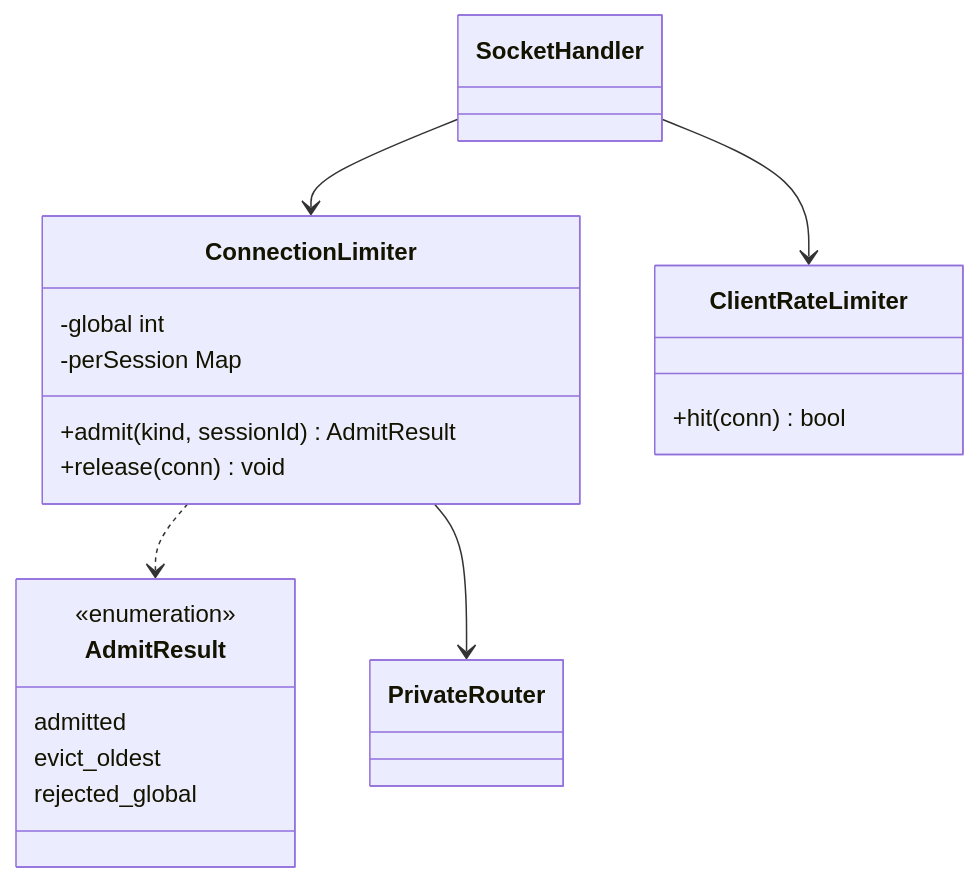
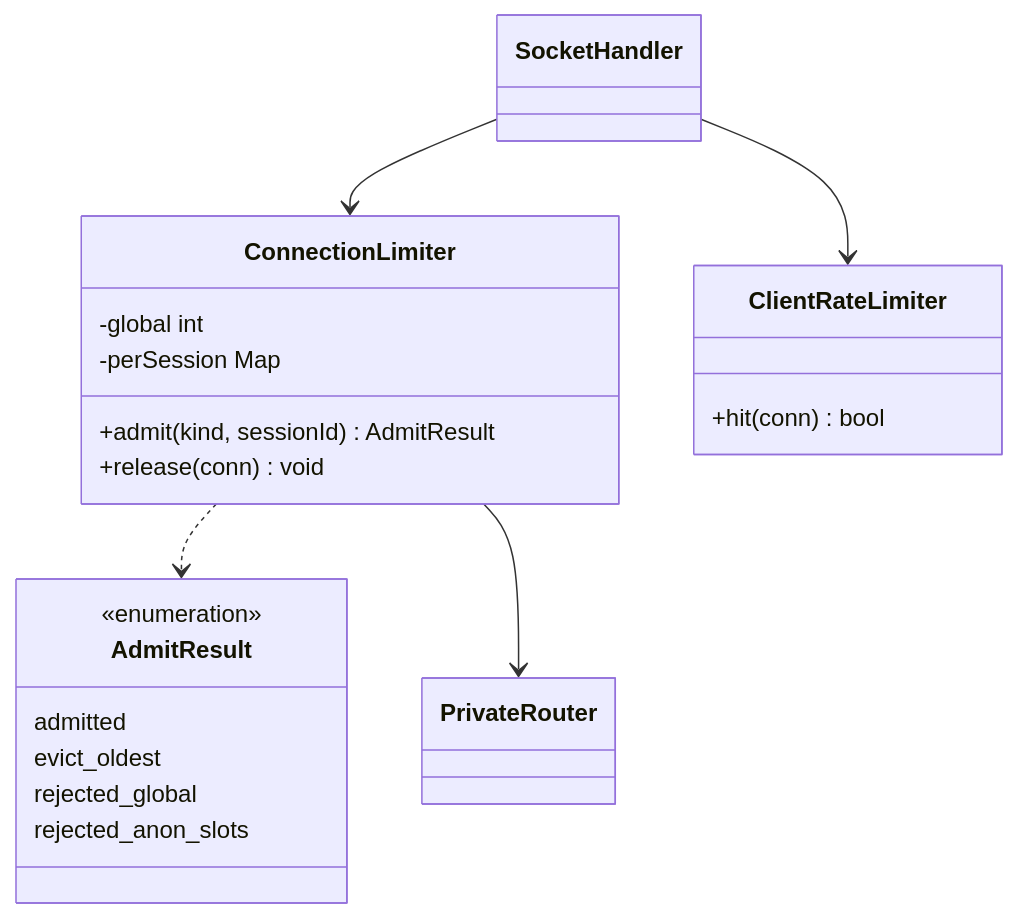
Before and after one commit to 1985jwlee/portpolio_backend: diagram 48 of 53 in docs/design/features/14-realtime.md, drawn with Mermaid. The commit also changed other lines of this file and 33 other files, not shown here.

````diff
--- a/docs/design/features/14-realtime.md
+++ b/docs/design/features/14-realtime.md
@@ -1698,22 +1702,23 @@
 ```mermaid
 classDiagram
     class ConnectionLimiter {
         +admit(kind, sessionId) AdmitResult
         +release(conn) void
         -global int
         -perSession Map
     }
     class AdmitResult {
         <<enumeration>>
         admitted
         evict_oldest
         rejected_global
+        rejected_anon_slots
     }
     class ClientRateLimiter {
         +hit(conn) bool
     }
     ConnectionLimiter ..> AdmitResult
     SocketHandler --> ConnectionLimiter
     SocketHandler --> ClientRateLimiter
     ConnectionLimiter --> PrivateRouter
 ```
````
